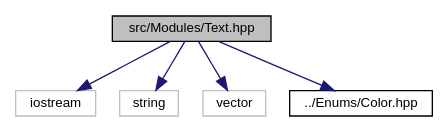
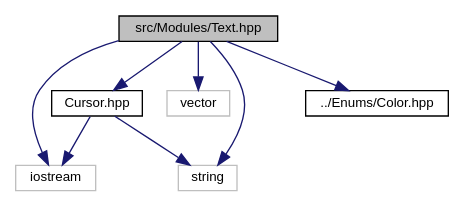
One commit to smejkalpetr/lib-ansi changed the diagram in doc/Text_8hpp__incl.dot. Above: the diagram before and after it, drawn with Graphviz. The commit also changed 82 other files, not shown here.

```diff
--- a/doc/Text_8hpp__incl.dot
+++ b/doc/Text_8hpp__incl.dot
@@ -1,15 +1,19 @@
 digraph "src/Modules/Text.hpp"
 {
  // LATEX_PDF_SIZE
   edge [fontname="Helvetica",fontsize="10",labelfontname="Helvetica",labelfontsize="10"];
   node [fontname="Helvetica",fontsize="10",shape=record];
   Node1 [label="src/Modules/Text.hpp",height=0.2,width=0.4,color="black", fillcolor="grey75", style="filled", fontcolor="black",tooltip=" "];
   Node1 -> Node2 [color="midnightblue",fontsize="10",style="solid",fontname="Helvetica"];
   Node2 [label="iostream",height=0.2,width=0.4,color="grey75", fillcolor="white", style="filled",tooltip=" "];
   Node1 -> Node3 [color="midnightblue",fontsize="10",style="solid",fontname="Helvetica"];
   Node3 [label="string",height=0.2,width=0.4,color="grey75", fillcolor="white", style="filled",tooltip=" "];
   Node1 -> Node4 [color="midnightblue",fontsize="10",style="solid",fontname="Helvetica"];
   Node4 [label="vector",height=0.2,width=0.4,color="grey75", fillcolor="white", style="filled",tooltip=" "];
   Node1 -> Node5 [color="midnightblue",fontsize="10",style="solid",fontname="Helvetica"];
-  Node5 [label="../Enums/Color.hpp",height=0.2,width=0.4,color="black", fillcolor="white", style="filled",URL="$Color_8hpp.html",tooltip=" "];
+  Node5 [label="Cursor.hpp",height=0.2,width=0.4,color="black", fillcolor="white", style="filled",URL="$Cursor_8hpp.html",tooltip=" "];
+  Node5 -> Node2 [color="midnightblue",fontsize="10",style="solid",fontname="Helvetica"];
+  Node5 -> Node3 [color="midnightblue",fontsize="10",style="solid",fontname="Helvetica"];
+  Node1 -> Node6 [color="midnightblue",fontsize="10",style="solid",fontname="Helvetica"];
+  Node6 [label="../Enums/Color.hpp",height=0.2,width=0.4,color="black", fillcolor="white", style="filled",URL="$Color_8hpp.html",tooltip=" "];
 }
```
